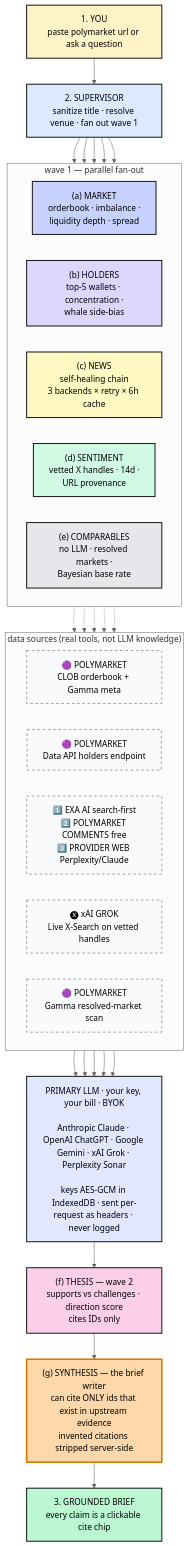
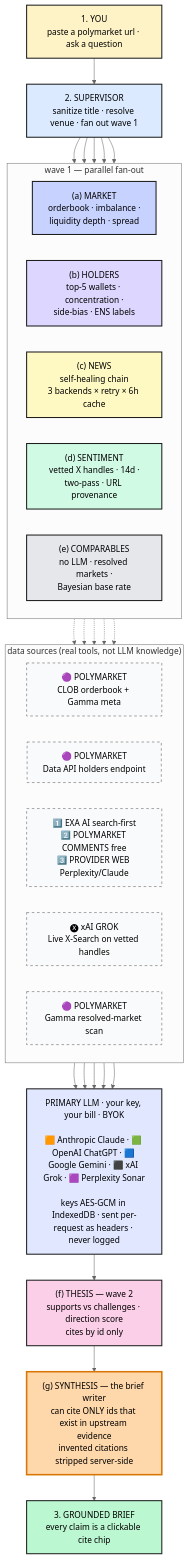
The diagram in docs/diagrams/README.md (Torque44/pm-copilot-oss), drawn with Mermaid (neutral theme) before and after one commit. The commit also changed other lines of this file and 2 other files, not shown here.

First line of the commit message:
docs(diagrams): rebuild architecture diagram with embedded brand-logo badges

````diff
--- a/docs/diagrams/README.md
+++ b/docs/diagrams/README.md
@@ -38,66 +27,66 @@
 ```mermaid
 flowchart TB
-    user["1. YOU<br/>paste polymarket url or ask a question"]:::user
+    user["1. YOU<br/>paste a polymarket url · ask a question"]:::user
     supervisor["2. SUPERVISOR<br/>sanitize title · resolve venue · fan out wave 1"]:::supervisor
 
     user --> supervisor
 
     subgraph WAVE1 ["wave 1 — parallel fan-out"]
         direction LR
         market["(a) MARKET<br/>orderbook · imbalance ·<br/>liquidity depth · spread"]:::market
-        holders["(b) HOLDERS<br/>top-5 wallets · concentration ·<br/>whale side-bias"]:::holders
+        holders["(b) HOLDERS<br/>top-5 wallets · concentration ·<br/>side-bias · ENS labels"]:::holders
         news["(c) NEWS<br/>self-healing chain<br/>3 backends × retry × 6h cache"]:::news
-        sentiment["(d) SENTIMENT<br/>vetted X handles · 14d ·<br/>URL provenance"]:::sentiment
+        sentiment["(d) SENTIMENT<br/>vetted X handles · 14d ·<br/>two-pass · URL provenance"]:::sentiment
         comparables["(e) COMPARABLES<br/>no LLM · resolved markets ·<br/>Bayesian base rate"]:::comparables
     end
 
     supervisor --> market
     supervisor --> holders
     supervisor --> news
     supervisor --> sentiment
     supervisor --> comparables
 
     subgraph SOURCES ["data sources (real tools, not LLM knowledge)"]
         direction LR
         polyclob["🟣 POLYMARKET<br/>CLOB orderbook + Gamma meta"]:::source
         polydata["🟣 POLYMARKET<br/>Data API holders endpoint"]:::source
         newschain["1️⃣ EXA AI search-first<br/>2️⃣ POLYMARKET COMMENTS free<br/>3️⃣ PROVIDER WEB Perplexity/Claude"]:::source
         xai["🅧 xAI GROK<br/>Live X-Search on vetted handles"]:::source
         resolved["🟣 POLYMARKET<br/>Gamma resolved-market scan"]:::source
     end
 
     market -.-> polyclob
     holders -.-> polydata
     news -.-> newschain
     sentiment -.-> xai
     comparables -.-> resolved
 
-    byok["PRIMARY LLM · your key, your bill · BYOK<br/><br/>Anthropic Claude · OpenAI ChatGPT · Google Gemini · xAI Grok · Perplexity Sonar<br/><br/>keys AES-GCM in IndexedDB · sent per-request as headers · never logged"]:::byok
+    byok["PRIMARY LLM · your key, your bill · BYOK<br/><br/>🟧 Anthropic Claude · 🟩 OpenAI ChatGPT · 🟦 Google Gemini · ⬛ xAI Grok · 🟪 Perplexity Sonar<br/><br/>keys AES-GCM in IndexedDB · sent per-request as headers · never logged"]:::byok
 
     polyclob --> byok
     polydata --> byok
     newschain --> byok
     xai --> byok
     resolved --> byok
 
-    thesis["(f) THESIS — wave 2<br/>supports vs challenges · direction score<br/>cites IDs only"]:::thesis
+    thesis["(f) THESIS — wave 2<br/>supports vs challenges · direction score<br/>cites by id only"]:::thesis
     synthesis["(g) SYNTHESIS — the brief writer<br/>can cite ONLY ids that exist in upstream evidence<br/>invented citations stripped server-side"]:::synthesis
     brief["3. GROUNDED BRIEF<br/>every claim is a clickable cite chip"]:::brief
 
     byok --> thesis
     thesis --> synthesis
     synthesis --> brief
 
     classDef user fill:#fef3c7,stroke:#1e1e1e,stroke-width:2px
     classDef supervisor fill:#dbeafe,stroke:#1e1e1e,stroke-width:2px
     classDef market fill:#c7d2fe,stroke:#1e1e1e,stroke-width:2px
     classDef holders fill:#ddd6fe,stroke:#1e1e1e,stroke-width:2px
     classDef news fill:#fef9c3,stroke:#1e1e1e,stroke-width:2px
     classDef sentiment fill:#d1fae5,stroke:#1e1e1e,stroke-width:2px
     classDef comparables fill:#e5e7eb,stroke:#1e1e1e,stroke-width:2px
     classDef source fill:#f9fafb,stroke:#525252,stroke-width:1px,stroke-dasharray:5 5
     classDef byok fill:#e0e7ff,stroke:#1e1e1e,stroke-width:2px
     classDef thesis fill:#fbcfe8,stroke:#1e1e1e,stroke-width:2px
     classDef synthesis fill:#fed7aa,stroke:#d97706,stroke-width:3px
     classDef brief fill:#bbf7d0,stroke:#1e1e1e,stroke-width:2px
 ```
````
